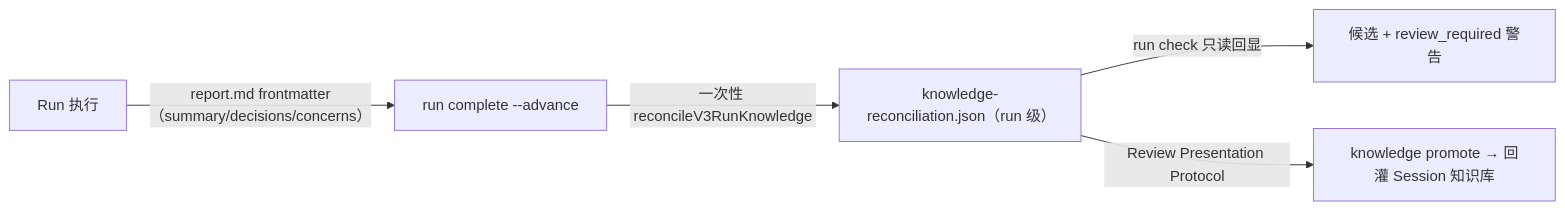
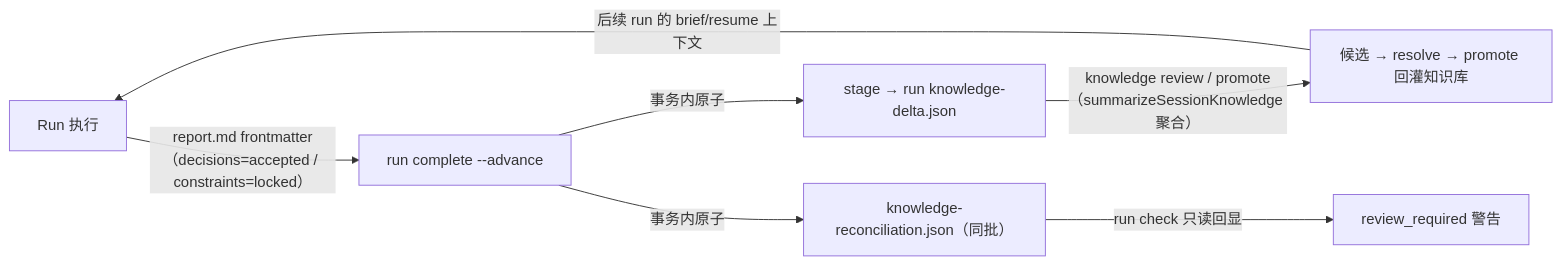
Before and after one commit to KatouRyuuji/maestro-flow: the seventh of 7 diagrams in docs/session-run-v3-reference-design.md, drawn with Mermaid. The commit also changed other lines of this file, not shown here.

Commit message:
docs(runtime): reference design §10 — atomic knowledge staging + promote visibility (0.5.72)

````diff
--- a/docs/session-run-v3-reference-design.md
+++ b/docs/session-run-v3-reference-design.md
@@ -362,7 +362,9 @@
 ```mermaid
 flowchart LR
-    R["Run 执行"] -->|"report.md frontmatter（summary/decisions/concerns）"| F["run complete --advance"]
-    F -->|"一次性 reconcileV3RunKnowledge"| REC["knowledge-reconciliation.json（run 级）"]
-    REC -->|"run check 只读回显"| C["候选 + review_required 警告"]
-    REC -->|"Review Presentation Protocol"| P["knowledge promote → 回灌 Session 知识库"]
+    R["Run 执行"] -->|"report.md frontmatter（decisions=accepted / constraints=locked）"| F["run complete --advance"]
+    F -->|"事务内原子"| S["stage → run knowledge-delta.json"]
+    F -->|"事务内原子"| REC["knowledge-reconciliation.json（同批）"]
+    S -->|"knowledge review / promote（summarizeSessionKnowledge 聚合）"| P["候选 → resolve → promote 回灌知识库"]
+    REC -->|"run check 只读回显"| C["review_required 警告"]
+    P -->|"后续 run 的 brief/resume 上下文"| R
 ```
````
